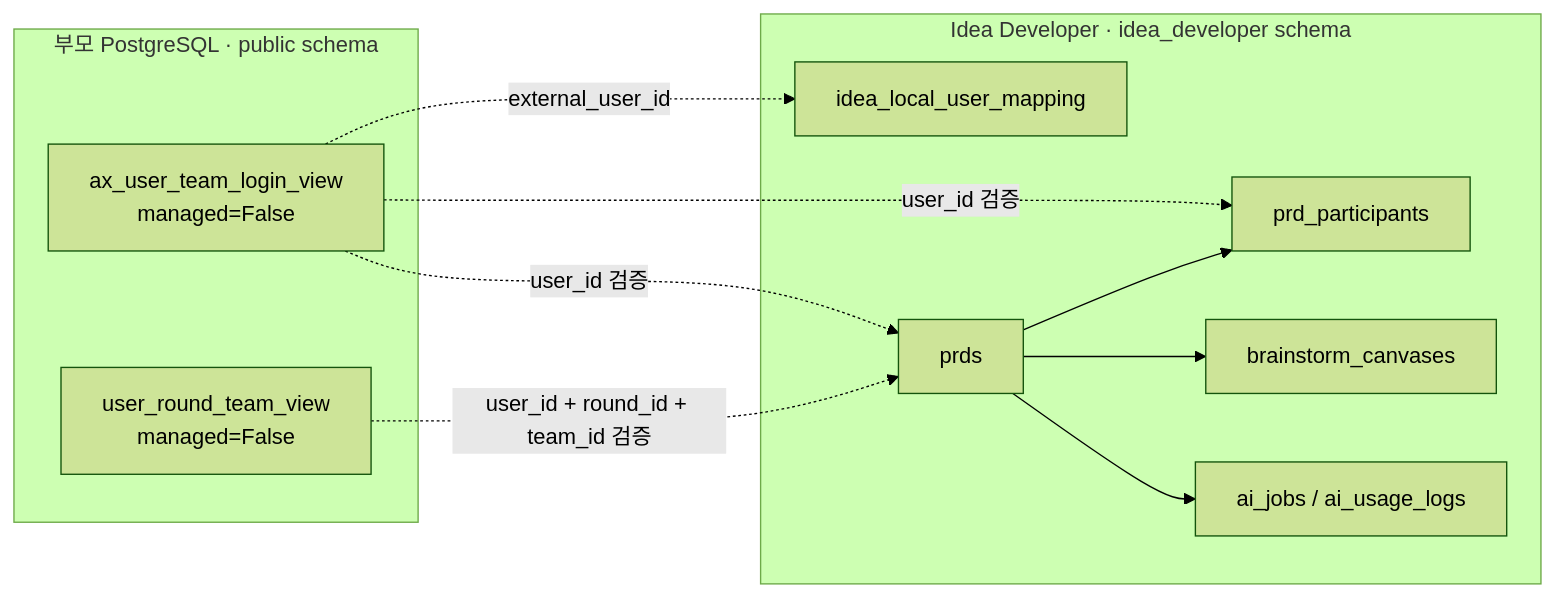
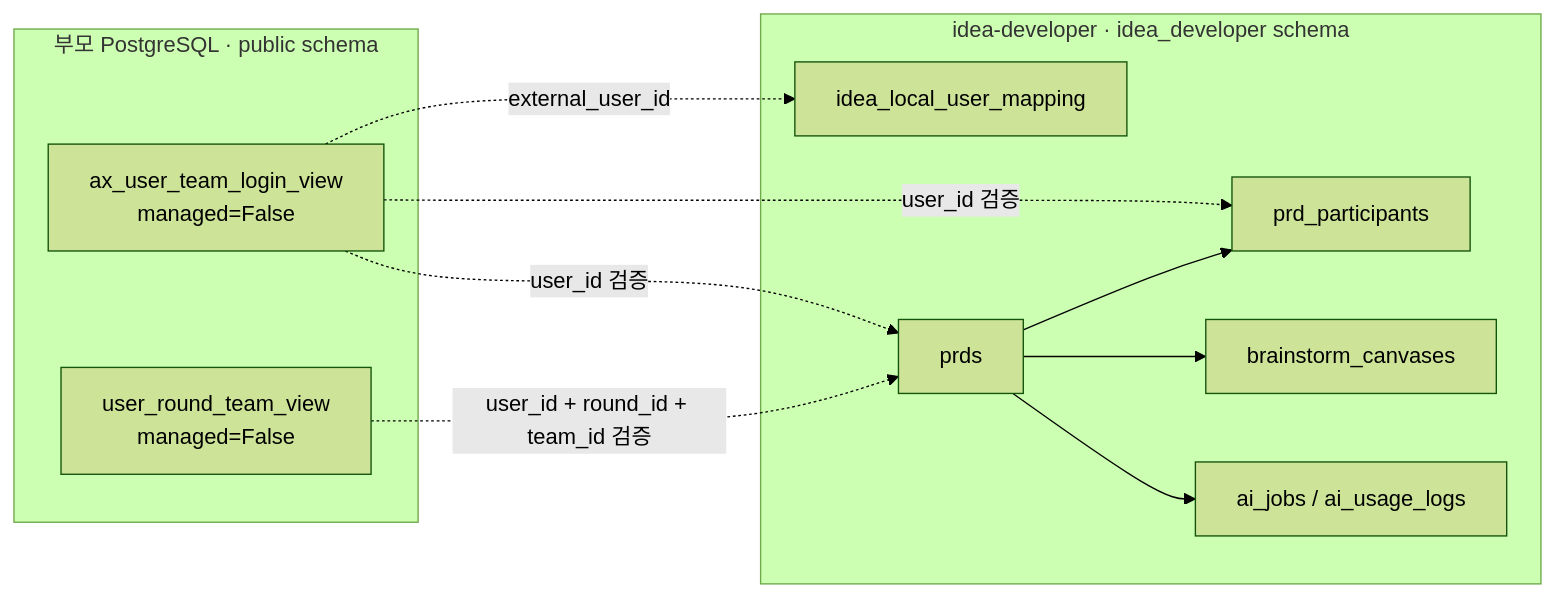
Before and after one commit to KANT-2/idea-developer: the first of 5 diagrams in docs/database/ERD.md, drawn with Mermaid (forest theme). The commit also changed other lines of this file and 24 other files, not shown here.

````diff
--- a/docs/database/ERD.md
+++ b/docs/database/ERD.md
@@ -10,23 +10,23 @@
 ```mermaid
 flowchart LR
     subgraph Parent[부모 PostgreSQL · public schema]
         U[ax_user_team_login_view<br/>managed=False]
         RT[user_round_team_view<br/>managed=False]
     end
 
-    subgraph Child[Idea Developer · idea_developer schema]
+    subgraph Child[idea-developer · idea_developer schema]
         LU[idea_local_user_mapping]
         P[prds]
         PP[prd_participants]
         B[brainstorm_canvases]
         AI[ai_jobs / ai_usage_logs]
     end
 
     U -. external_user_id .-> LU
     U -. user_id 검증 .-> P
     U -. user_id 검증 .-> PP
     RT -. user_id + round_id + team_id 검증 .-> P
     P --> PP
     P --> B
     P --> AI
 ```
````
